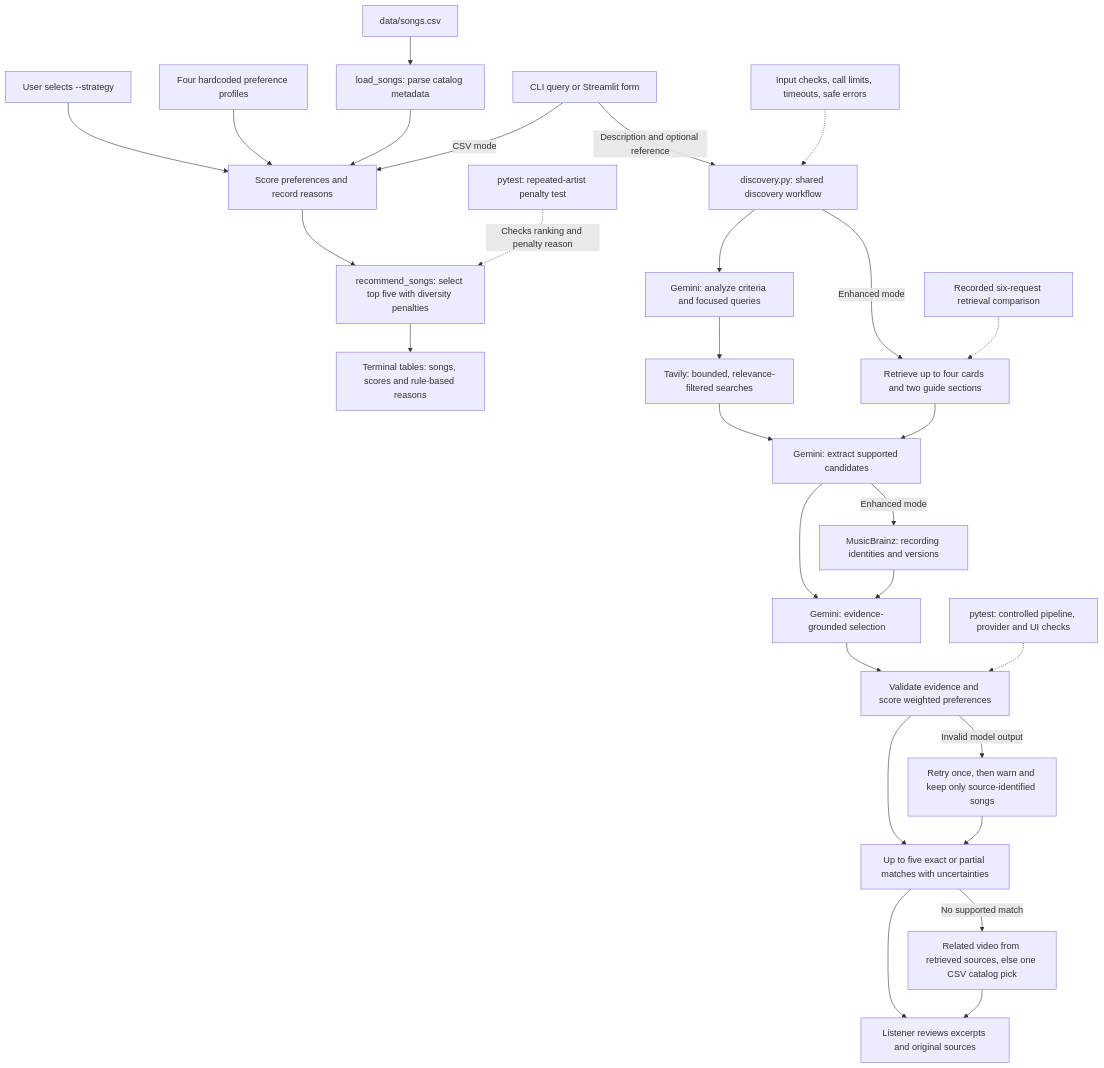
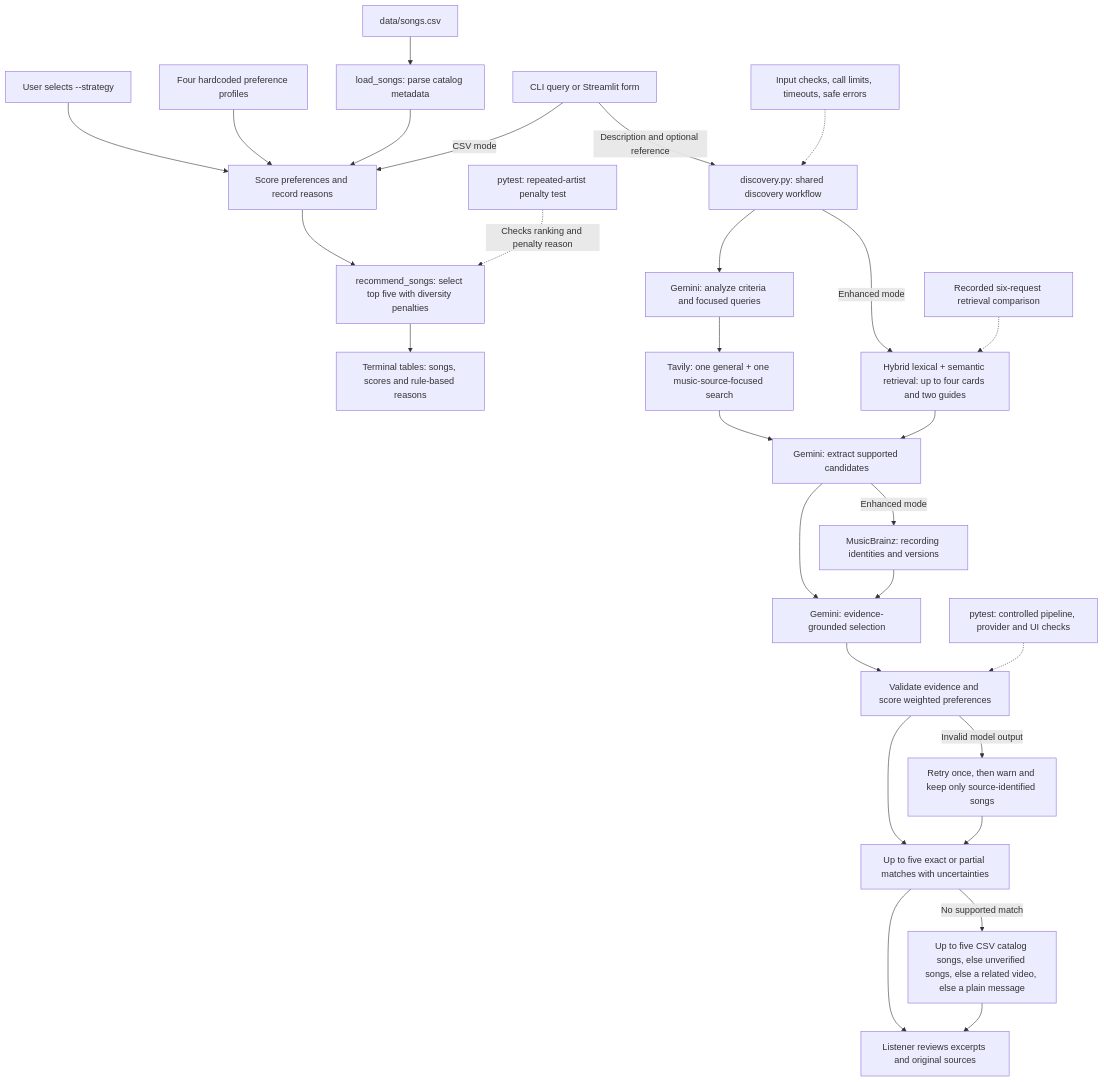
One commit to KarinaS0uza/applied-ai-music-recommender changed the diagram in diagrams/architecture.mmd. Above: the diagram before and after it, drawn with Mermaid. The commit also changed 6 other files, not shown here.

Commit message:
docs: update README, model card and architecture, add screenshots

```diff
--- a/diagrams/architecture.mmd
+++ b/diagrams/architecture.mmd
@@ -1,32 +1,32 @@
 flowchart TD
     Strategy["User selects --strategy"] --> Scoring["Score preferences and record reasons"]
     Profiles["Four hardcoded preference profiles"] --> Scoring
     Catalog["data/songs.csv"] --> Loader["load_songs: parse catalog metadata"]
     Loader --> Scoring
     Scoring --> Selection["recommend_songs: select top five with diversity penalties"]
     Selection --> Output["Terminal tables: songs, scores and rule-based reasons"]
 
     %% Existing development test, run separately from the application.
     Tests["pytest: repeated-artist penalty test"] -.->|"Checks ranking and penalty reason"| Selection
 
     UI["CLI query or Streamlit form"] -->|"CSV mode"| Scoring
     UI -->|"Description and optional reference"| RAG["discovery.py: shared discovery workflow"]
     RAG --> Intent["Gemini: analyze criteria and focused queries"]
-    Intent --> Web["Tavily: bounded, relevance-filtered searches"]
-    RAG -->|"Enhanced mode"| Docs["Retrieve up to four cards and two guide sections"]
+    Intent --> Web["Tavily: one general + one music-source-focused search"]
+    RAG -->|"Enhanced mode"| Docs["Hybrid lexical + semantic retrieval: up to four cards and two guides"]
     Web --> Extract["Gemini: extract supported candidates"]
     Docs --> Extract
     Extract -->|"Enhanced mode"| Metadata["MusicBrainz: recording identities and versions"]
     Extract --> Generate["Gemini: evidence-grounded selection"]
     Metadata --> Generate
     Generate --> Validate["Validate evidence and score weighted preferences"]
     Validate --> Results["Up to five exact or partial matches with uncertainties"]
     Results --> Human["Listener reviews excerpts and original sources"]
     Checks["pytest: controlled pipeline, provider and UI checks"] -.-> Validate
     Review["Recorded six-request retrieval comparison"] -.-> Docs
 
     Validate -->|"Invalid model output"| Degrade["Retry once, then warn and keep only source-identified songs"]
     Degrade --> Results
-    Results -->|"No supported match"| Fallback["Related video from retrieved sources, else one CSV catalog pick"]
+    Results -->|"No supported match"| Fallback["Up to five CSV catalog songs, else unverified songs, else a related video, else a plain message"]
     Fallback --> Human
     Guard["Input checks, call limits, timeouts, safe errors"] -.-> RAG
```
